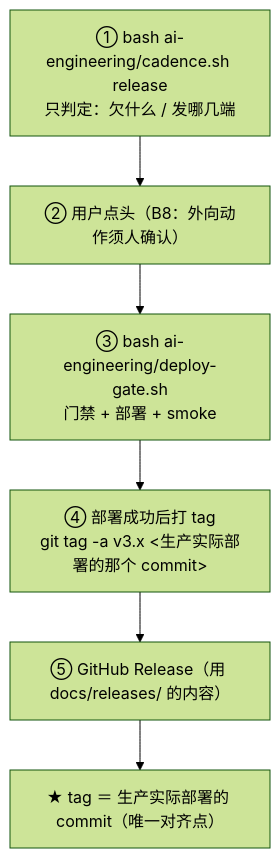
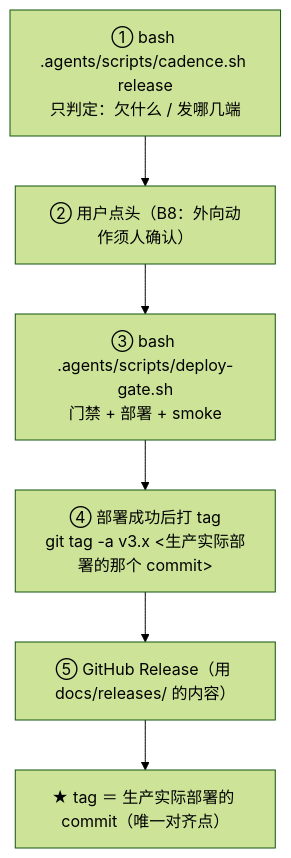
Before and after one commit to adaios/adaios: the sixth of 7 diagrams in docs/architecture/ai-context-engineering.md, drawn with Mermaid (forest theme). The commit also changed other lines of this file and 220 other files, not shown here.

First line of the commit message:
refactor(agents): ai-engineering/ 整体迁入 .agents/ —— 目标形态 AGENTS.md + .agents/

````diff
--- a/docs/architecture/ai-context-engineering.md
+++ b/docs/architecture/ai-context-engineering.md
@@ -204,8 +204,8 @@
 ```mermaid
 flowchart TD
-    A["① bash ai-engineering/cadence.sh release<br/>只判定：欠什么 / 发哪几端"] --> B["② 用户点头（B8：外向动作须人确认）"]
-    B --> C["③ bash ai-engineering/deploy-gate.sh<br/>门禁 + 部署 + smoke"]
+    A["① bash .agents/scripts/cadence.sh release<br/>只判定：欠什么 / 发哪几端"] --> B["② 用户点头（B8：外向动作须人确认）"]
+    B --> C["③ bash .agents/scripts/deploy-gate.sh<br/>门禁 + 部署 + smoke"]
     C --> D["④ 部署成功后打 tag<br/>git tag -a v3.x &lt;生产实际部署的那个 commit&gt;"]
     D --> E["⑤ GitHub Release（用 docs/releases/ 的内容）"]
     E --> F["★ tag ＝ 生产实际部署的 commit（唯一对齐点）"]
 ```
````
